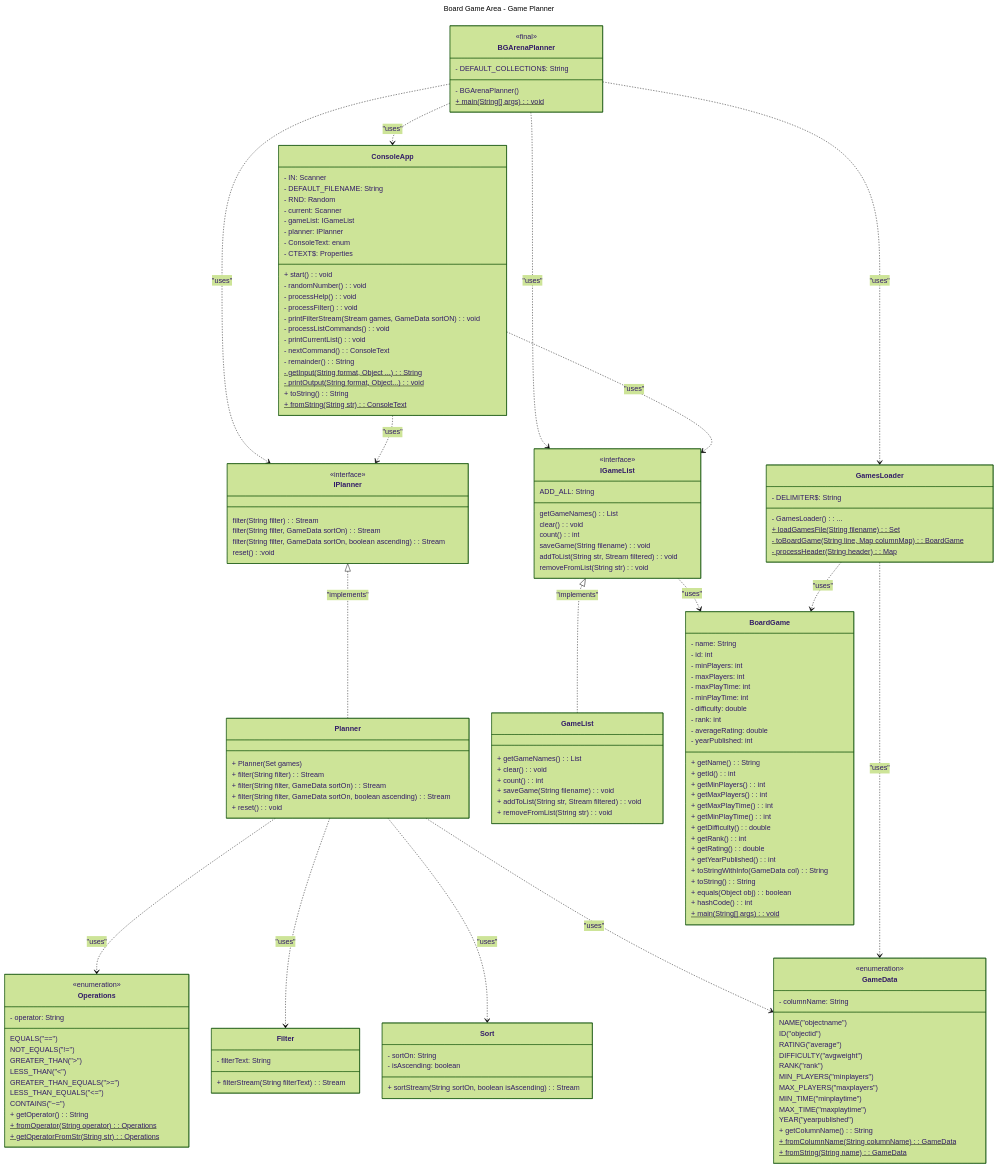
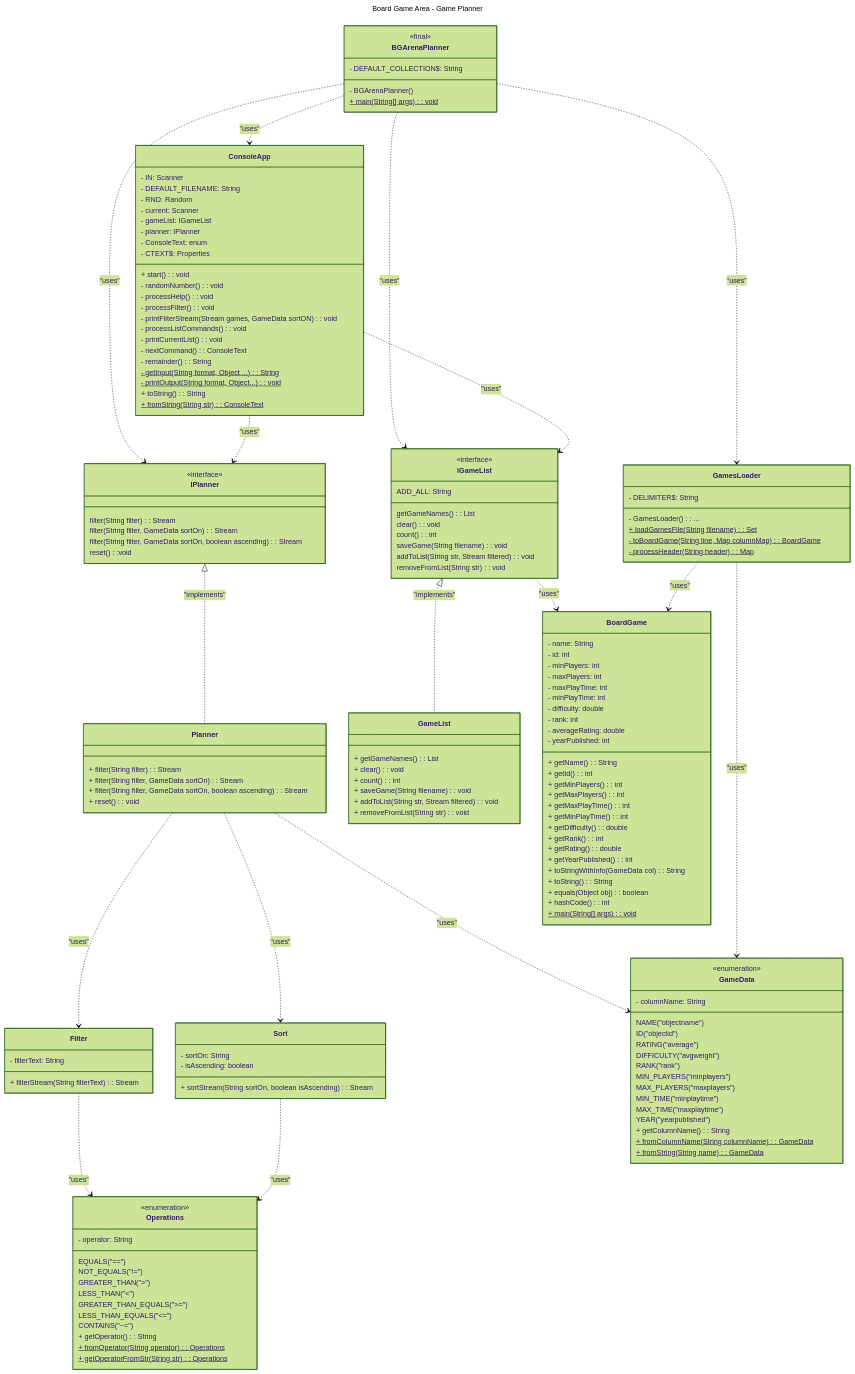
One commit to 5004-SEA-Fa24-Geeng/bg-arena-planner-lucyyyychen changed the third of 3 diagrams in DesignDocument.md. Above: the diagram before and after it, drawn with Mermaid (forest theme). The commit also changed other lines of this file, not shown here.

```diff
--- a/DesignDocument.md
+++ b/DesignDocument.md
@@ -26,17 +254,15 @@
     
     IGameList ..> BoardGame : "uses"
     GamesLoader ..> BoardGame : "uses"
-    Planner ..> Operations : "uses"
+
     Planner ..> Filter : "uses"
     Planner ..> Sort : "uses"
     Planner ..> GameData : "uses"
+    Filter ..> Operations : "uses"
+    Sort ..> Operations : "uses"
 
-    
     GamesLoader ..> GameData : "uses"
     
-    
-    
-
     class BoardGame{
         - name: String
         - id: int
@@ -127,7 +353,6 @@
         + removeFromList(String str): void
     }
     class Planner {
-        + Planner(Set<BoardGame> games)
         + filter(String filter): Stream<BoardGame>
         + filter(String filter, GameData sortOn): Stream<BoardGame>
         + filter(String filter, GameData sortOn, boolean ascending): Stream<BoardGame>
```
